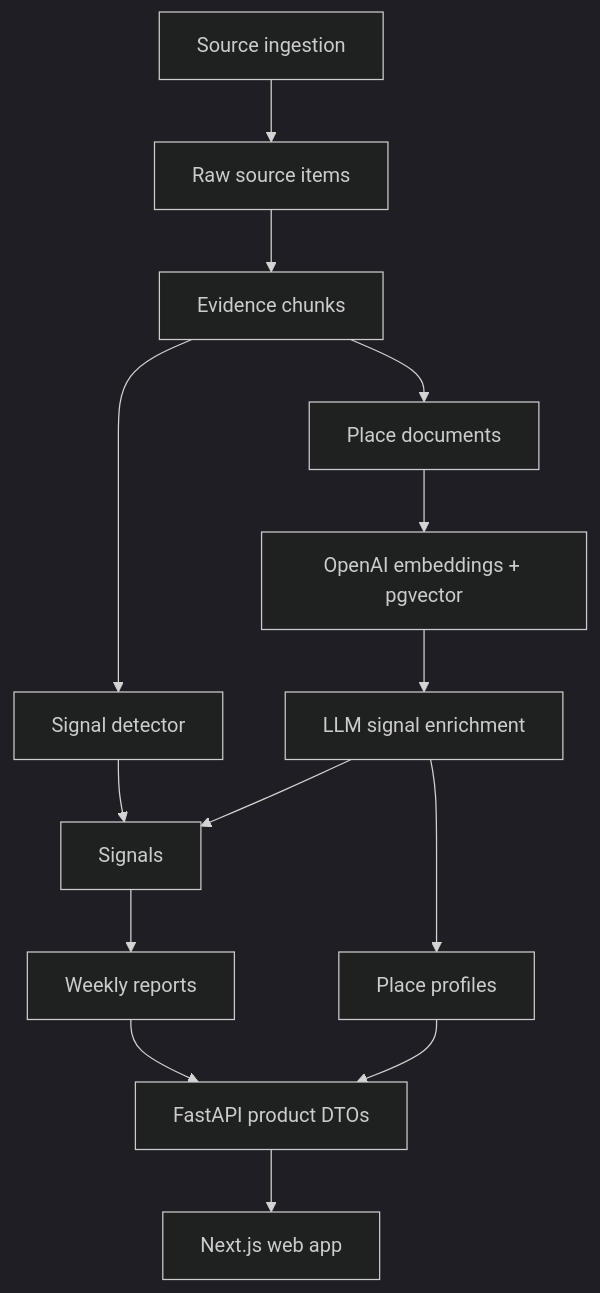
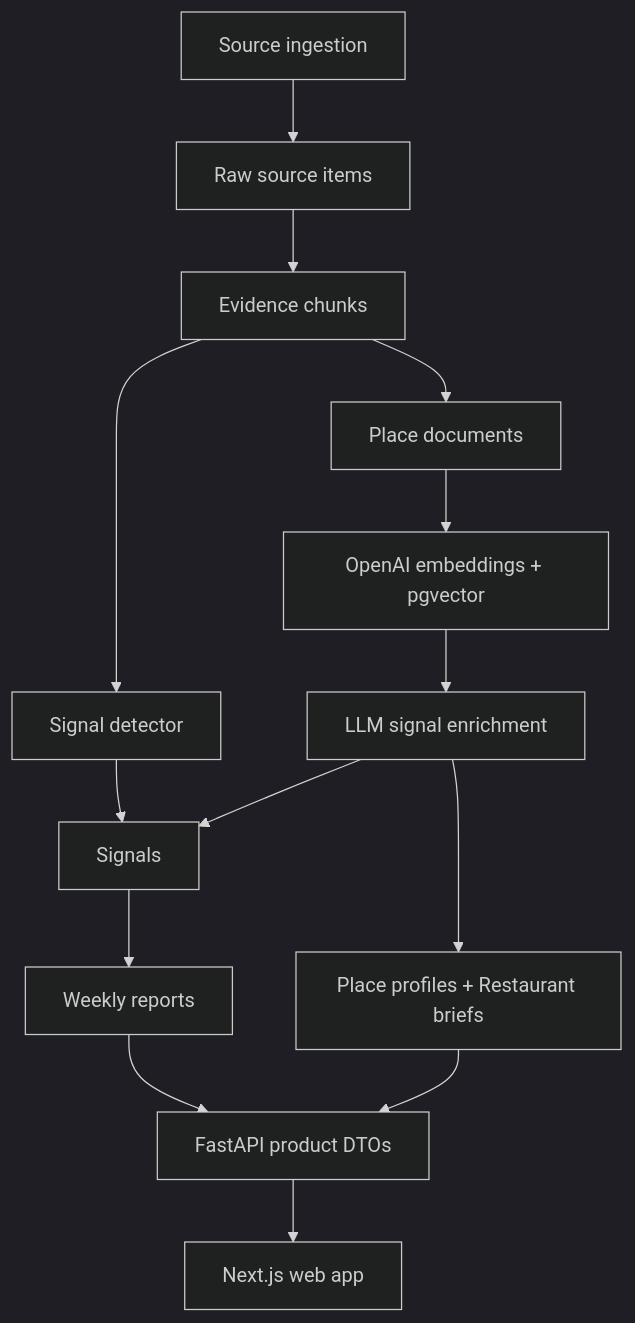
The diagram in docs/architecture.md (yangnyc1024/localsignal), drawn with Mermaid (dark theme) before and after one commit. The commit also changed other lines of this file and 2 other files, not shown here.

First line of the commit message:
docs: update architecture doc and API for two-section detail page redesign

````diff
--- a/docs/architecture.md
+++ b/docs/architecture.md
@@ -16,16 +16,16 @@
 ```mermaid
 flowchart TD
   A["Source ingestion"] --> B["Raw source items"]
   B --> C["Evidence chunks"]
   C --> D["Signal detector"]
   D --> E["Signals"]
   C --> F["Place documents"]
   F --> G["OpenAI embeddings + pgvector"]
   G --> H["LLM signal enrichment"]
   H --> E
-  H --> I["Place profiles"]
+  H --> I["Place profiles + Restaurant briefs"]
   E --> J["Weekly reports"]
   I --> K["FastAPI product DTOs"]
   J --> K
   K --> L["Next.js web app"]
 ```
````
